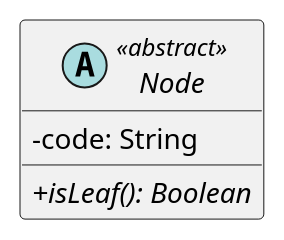
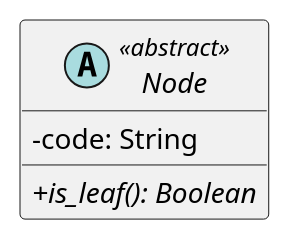
The diagram in src/PB/DocumentazioneEsterna/Specifica_Tecnica/content/uml/puml/Diagrammi_classi/Dominio/Node.puml (GroupRubberDuck/Documentazione), drawn with PlantUML before and after one commit. The commit also changed 6 other files, not shown here.

```diff
--- a/src/PB/DocumentazioneEsterna/Specifica_Tecnica/content/uml/puml/Diagrammi_classi/Dominio/Node.puml
+++ b/src/PB/DocumentazioneEsterna/Specifica_Tecnica/content/uml/puml/Diagrammi_classi/Dominio/Node.puml
@@ -1,10 +1,10 @@
 @startuml Node
 skinparam linetype ortho
 skinparam classAttributeIconSize 0
 
 abstract class Node <<abstract>> {
     - code: String
-    + {abstract} isLeaf(): Boolean
+    + {abstract} is_leaf(): Boolean
 }
 
 @enduml
```
